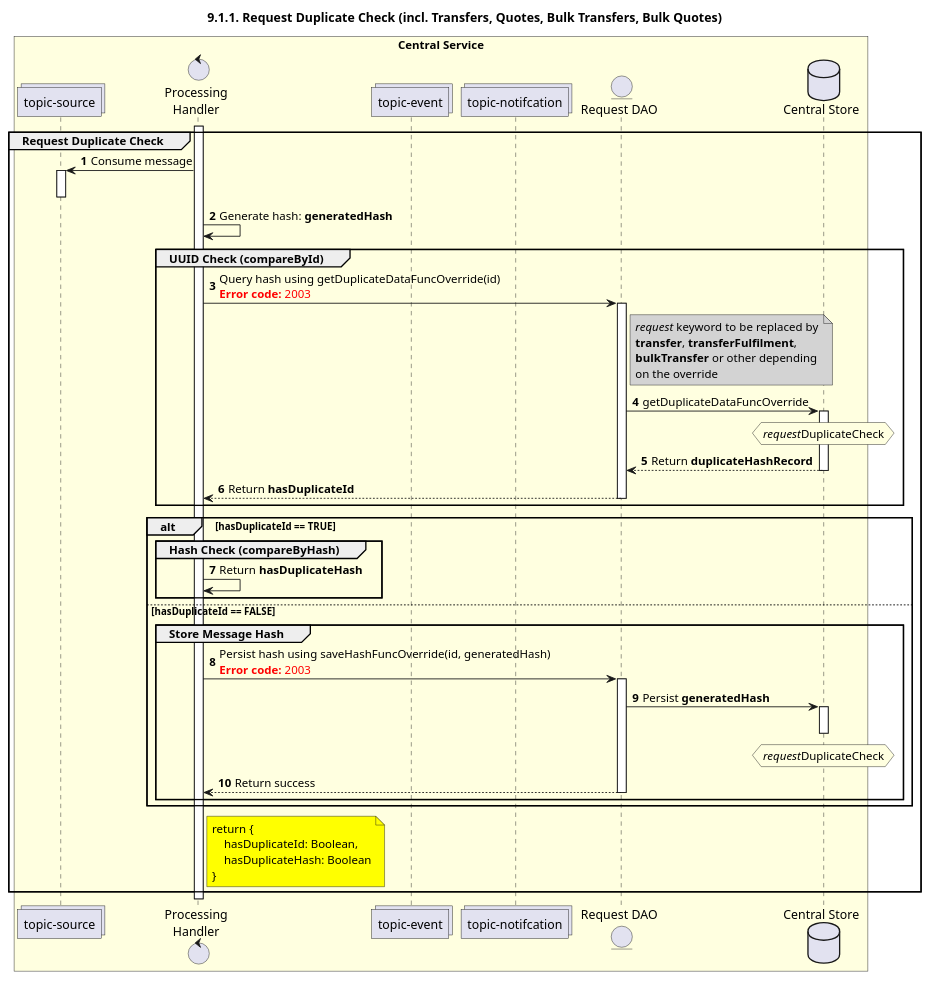
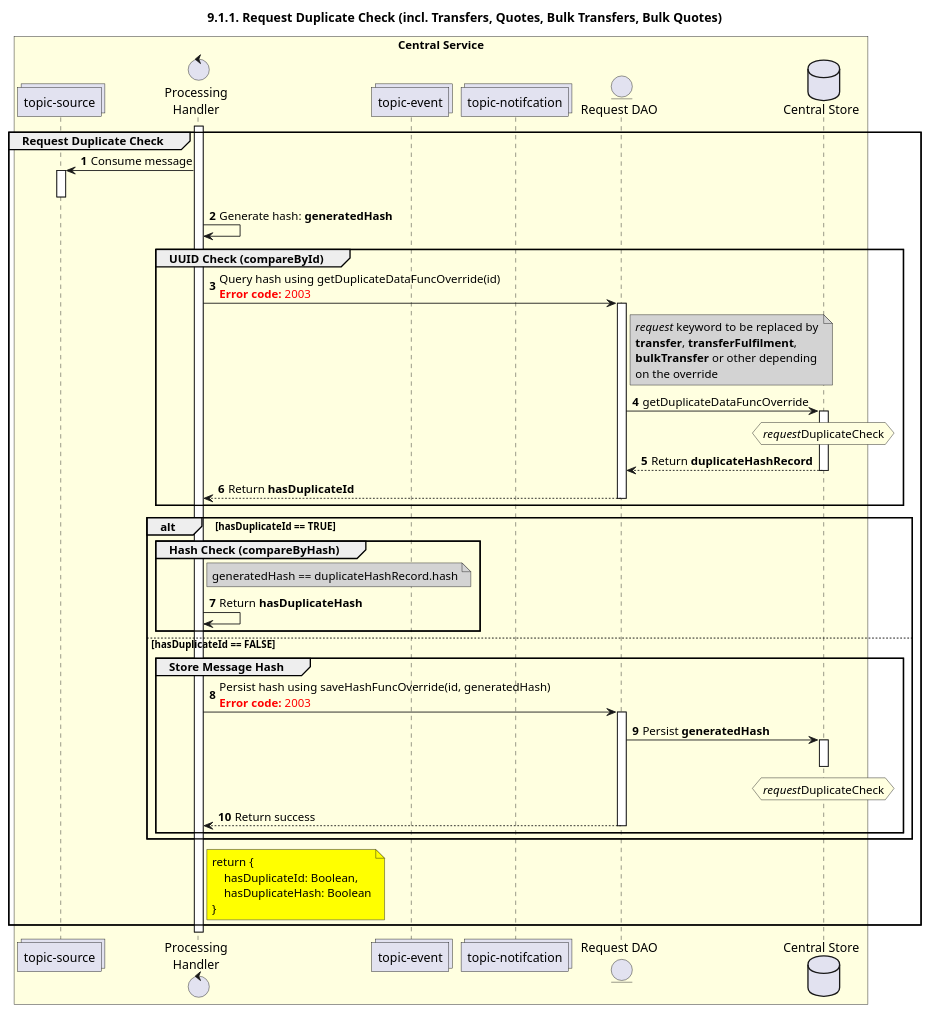
The diagram in mojaloop-technical-overview/central-ledger/assets/diagrams/sequence/seq-request-dup-check-9.1.1.plantuml (mojaloop/documentation), drawn with PlantUML before and after one commit. The commit also changed 5 other files, not shown here.

```diff
--- a/mojaloop-technical-overview/central-ledger/assets/diagrams/sequence/seq-request-dup-check-9.1.1.plantuml
+++ b/mojaloop-technical-overview/central-ledger/assets/diagrams/sequence/seq-request-dup-check-9.1.1.plantuml
@@ -25,87 +25,90 @@
 @startuml
 ' declate title
 title 9.1.1. Request Duplicate Check (incl. Transfers, Quotes, Bulk Transfers, Bulk Quotes)
 
 autonumber
 
 ' Actor Keys:
 '   boundary - APIs/Interfaces, etc
 '   collections - Kafka Topics
 '   control - Kafka Consumers
 '   entity - Database Access Objects
 '   database - Database Persistance Store
 
 ' declare actors
 collections "topic-source" as TOPIC_SOURCE
 control "Processing\nHandler" as HANDLER
 collections "topic-event" as TOPIC_EVENTS
 collections "topic-notifcation" as TOPIC_NOTIFICATION
 entity "Request DAO" as DAO
 database "Central Store" as DB
 
 box "Central Service" #LightYellow
     participant TOPIC_SOURCE
     participant HANDLER
     participant TOPIC_EVENTS
     participant TOPIC_NOTIFICATION
     participant DAO
     participant DB
 end box
 
 ' start flow
 activate HANDLER
 
 group Request Duplicate Check
     TOPIC_SOURCE <- HANDLER: Consume message
     activate TOPIC_SOURCE
     deactivate TOPIC_SOURCE
 
     HANDLER -> HANDLER: Generate hash: **generatedHash**
     group UUID Check (compareById)
         HANDLER -> DAO: Query hash using getDuplicateDataFuncOverride(id)\n<color #red><b>Error code:</b> 2003</color>
         activate DAO
         note right of DAO #lightgrey
             //request// keyword to be replaced by
             **transfer**, **transferFulfilment**, 
             **bulkTransfer** or other depending 
             on the override
         end note
         DAO -> DB: getDuplicateDataFuncOverride
         hnote over DB #lightyellow
             //request//DuplicateCheck
         end note
         activate DB
         DB --> DAO: Return **duplicateHashRecord**
         deactivate DB
         DAO --> HANDLER: Return **hasDuplicateId**
         deactivate DAO
     end
     
     alt hasDuplicateId == TRUE
         group Hash Check (compareByHash)
+            note right of HANDLER #lightgrey
+                generatedHash == duplicateHashRecord.hash
+            end note
             HANDLER -> HANDLER: Return **hasDuplicateHash**
         end
     else hasDuplicateId == FALSE
         group Store Message Hash
             HANDLER -> DAO: Persist hash using saveHashFuncOverride(id, generatedHash)\n<color #FF0000><b>Error code:</b> 2003</color>
             activate DAO
             DAO -> DB: Persist **generatedHash**
             activate DB
             deactivate DB
             hnote over DB #lightyellow
                 //request//DuplicateCheck
             end note
             DAO --> HANDLER: Return success
             deactivate DAO
         end
     end
 
     note right of HANDLER #yellow
         return {
             hasDuplicateId: Boolean,
             hasDuplicateHash: Boolean
         }
     end note
 end
 
 @enduml
```
